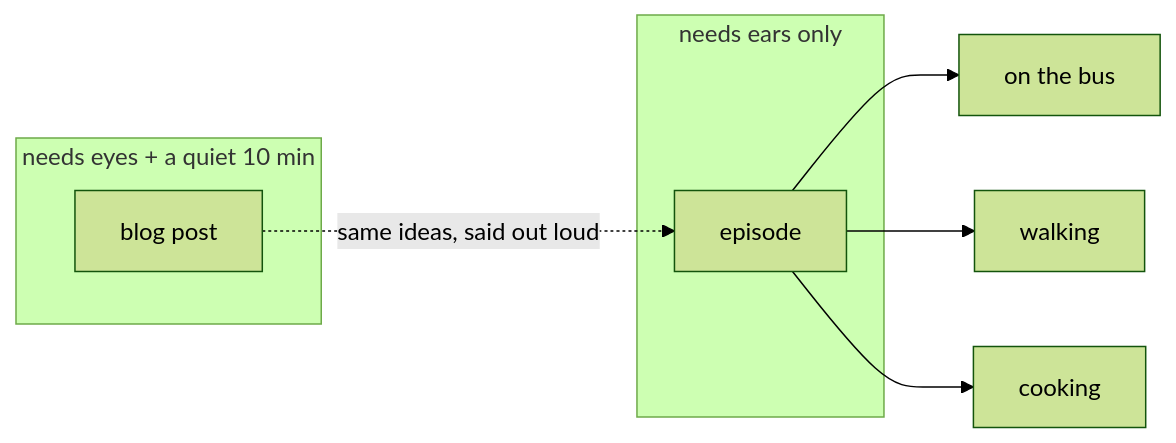
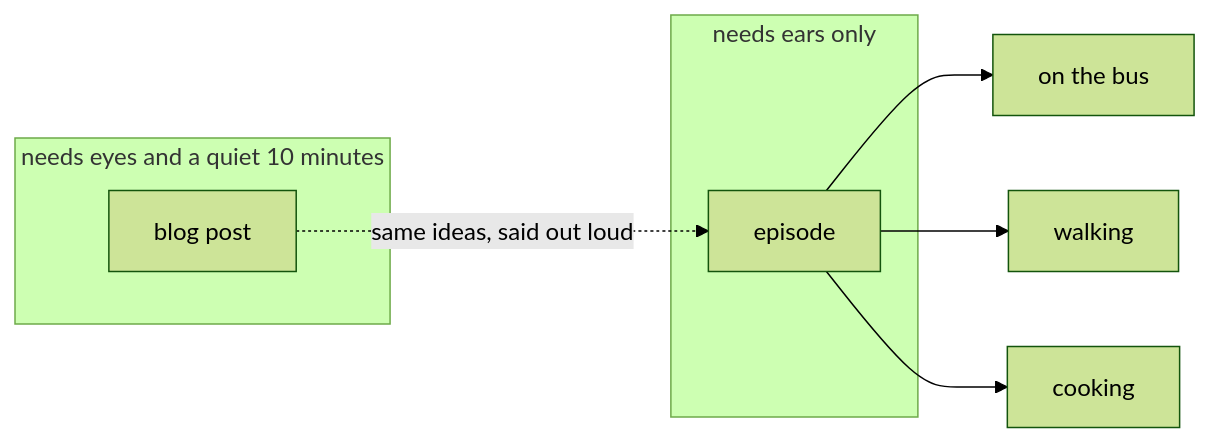
The first of 12 diagrams in docs/00-overview.md (Matcry12/shipwithai-podcast-plugin), drawn with Mermaid (forest theme) before and after one commit. The commit also changed other lines of this file, not shown here.

````diff
--- a/docs/00-overview.md
+++ b/docs/00-overview.md
@@ -18,13 +19,13 @@
 ```mermaid
 flowchart LR
-    subgraph EYES["needs eyes + a quiet 10 min"]
+    subgraph EYES["needs eyes and a quiet 10 minutes"]
         POST[blog post]
     end
     subgraph EARS["needs ears only"]
         EP[episode]
     end
     POST -. same ideas, said out loud .-> EP
     EP --> BUS[on the bus]
     EP --> WALK[walking]
     EP --> COOK[cooking]
 ```
````
